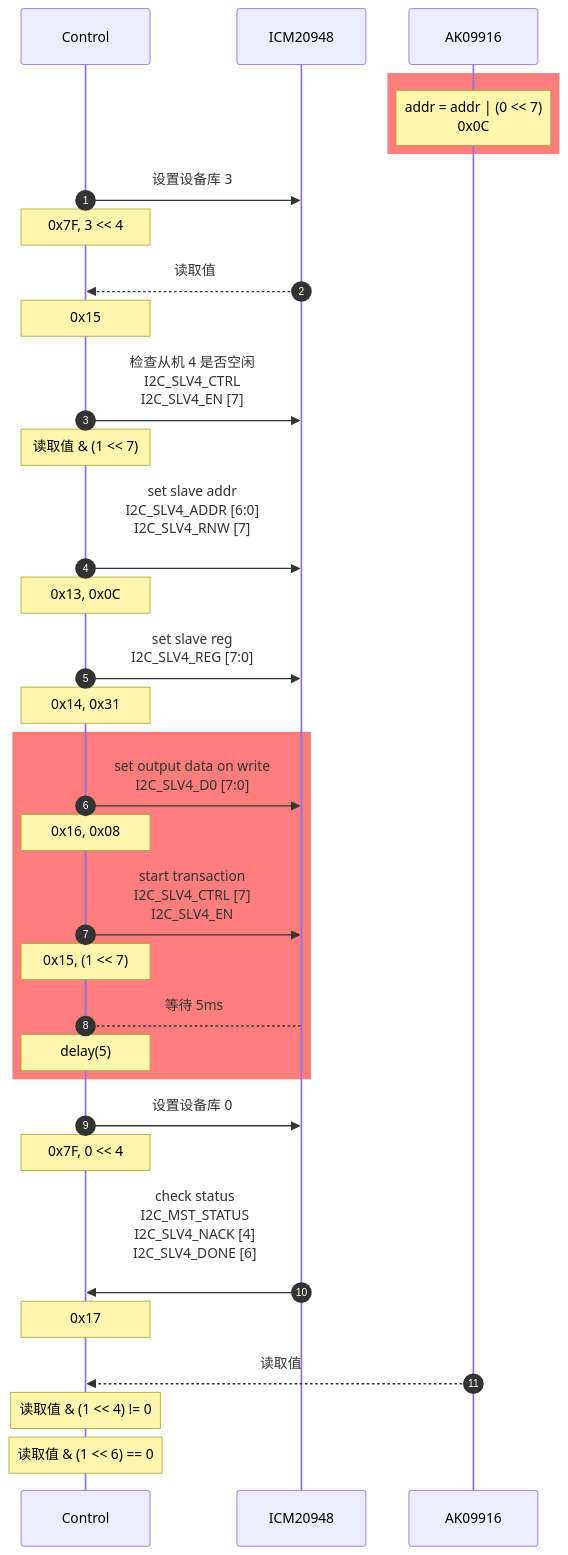
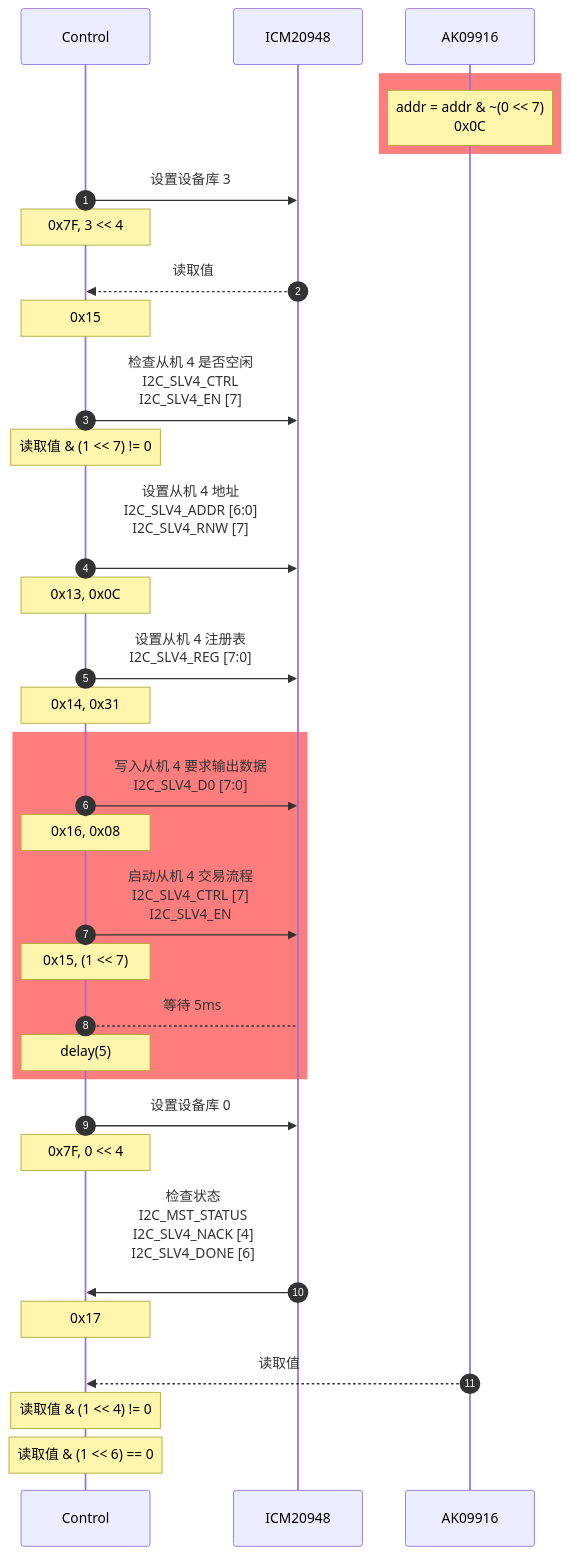
The sixth of 7 diagrams in _posts/2025-04-06-mdchart.md (hkdickyko/hkdickyko.github.io), drawn with Mermaid before and after one commit. The commit also changed other lines of this file, not shown here.

```diff
--- a/_posts/2025-04-06-mdchart.md
+++ b/_posts/2025-04-06-mdchart.md
@@ -325,35 +328,35 @@
 <div class="mermaid">
 sequenceDiagram;
    autonumber;
    participant C as Control;
    participant I as ICM20948;
    participant A as AK09916;
    rect rgb(255,125,125);   
-   note over A: addr = addr | (0 << 7)<br/>0x0C;
+   note over A: addr = addr & ~(0 << 7)<br/>0x0C;
    end;
    C->>I: 设置设备库 3;
    note over C: 0x7F, 3 << 4;
    I-->>C: 读取值;
    note over C: 0x15;   
    C->>I: 检查从机 4 是否空闲<br/>I2C_SLV4_CTRL<br/>I2C_SLV4_EN [7];
-   note over C: 读取值 & (1 << 7);
-   C->>I: set slave addr<br/>I2C_SLV4_ADDR [6:0]<br/>I2C_SLV4_RNW [7]<br/>;
+   note over C: 读取值 & (1 << 7) != 0;
+   C->>I: 设置从机 4 地址<br/>I2C_SLV4_ADDR [6:0]<br/>I2C_SLV4_RNW [7]<br/>;
    note over C: 0x13, 0x0C;
-   C->>I: set slave reg<br/>I2C_SLV4_REG [7:0];
+   C->>I: 设置从机 4 注册表<br/>I2C_SLV4_REG [7:0];
    note over C: 0x14, 0x31;
    rect rgb(255,125,125);
-   C->>I: set output data on write<br/>I2C_SLV4_D0 [7:0];
+   C->>I: 写入从机 4 要求输出数据<br/>I2C_SLV4_D0 [7:0];
    note over C: 0x16, 0x08;
-   C->>I: start transaction<br/>I2C_SLV4_CTRL [7] <br/>I2C_SLV4_EN;
+   C->>I: 启动从机 4 交易流程<br/>I2C_SLV4_CTRL [7] <br/>I2C_SLV4_EN;
    note over C: 0x15, (1 << 7); 
    C-->I: 等待 5ms;
    note over C: delay(5);
    end;
    C->>I: 设置设备库 0;
    note over C: 0x7F, 0 << 4;
-   I->>C: check status<br/>I2C_MST_STATUS<br/>I2C_SLV4_NACK [4]<br/>I2C_SLV4_DONE [6]<br/>;
+   I->>C: 检查状态<br/>I2C_MST_STATUS<br/>I2C_SLV4_NACK [4]<br/>I2C_SLV4_DONE [6]<br/>;
    note over C: 0x17;
    A-->>C: 读取值; 
    note over C: 读取值 & (1 << 4) != 0;
    note over C: 读取值 & (1 << 6) == 0;  
 </div>
```
